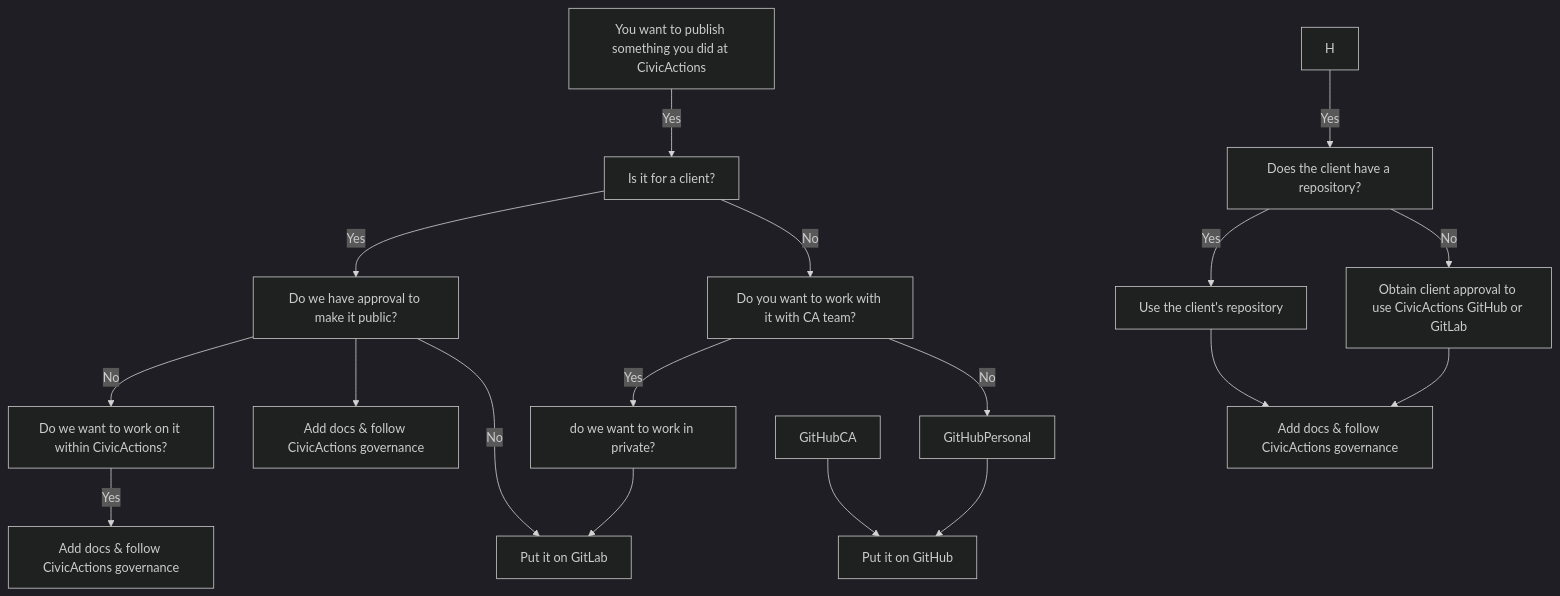
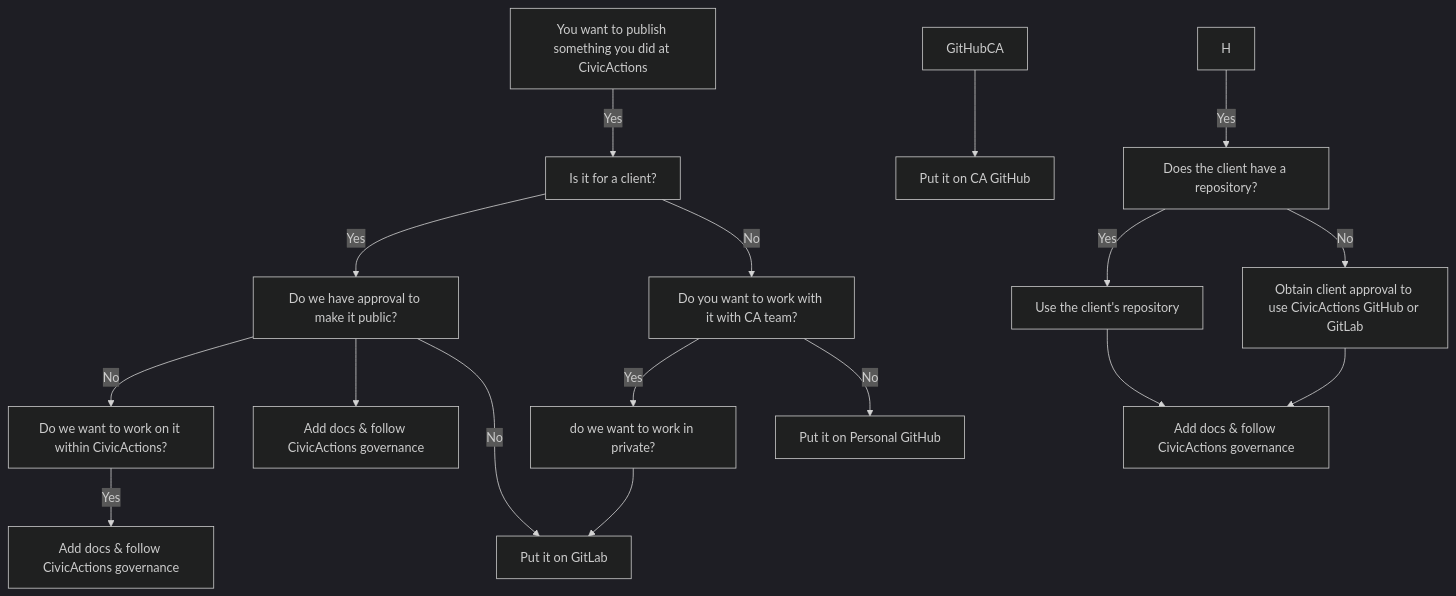
The fifth of 5 diagrams in draft/code-management-guidance.md (CivicActions/open-practice), drawn with Mermaid (dark theme) before and after one commit.

Commit message:
Update code-management-guidance.md more mermaid

````diff
--- a/draft/code-management-guidance.md
+++ b/draft/code-management-guidance.md
@@ -166,28 +166,28 @@
 ```mermaid
-flowchart TD
+flowchart
     Project[You want to publish something you did at CivicActions] -->|Yes| Client[Is it for a client?]
 
     Client -->|Yes| Approval[Do we have approval to make it public?]
     Client -->|No| Team[Do you want to work with it with CA team?]
 
     Approval -->|No| EE[Do we want to work on it within CivicActions?]
     Team --> |Yes| GitLab[do we want to work in private?]
     Team --> |No| GitHubPersonal
 
     EE --> |Yes| GG[Add docs & follow CivicActions governance]
     Approval --> HH[Add docs & follow CivicActions governance]
 
     GitLab --> E[rad oub]
     GitHubCA --> F[Put it on CA GitHub]
-    GitHubPersonal --> F[Put it on GitHub]
+    GitHubPersonal[Put it on Personal GitHub]
 
     Approval -->|No| E[Put it on GitLab]
 
     H -->|Yes| I[Does the client have a repository?]
     I -->|Yes| J[Use the client's repository]
     I -->|No| K[Obtain client approval to use CivicActions GitHub or GitLab]
 
 
     J --> L[Add docs & follow CivicActions governance]
     K --> L
 ```
````
